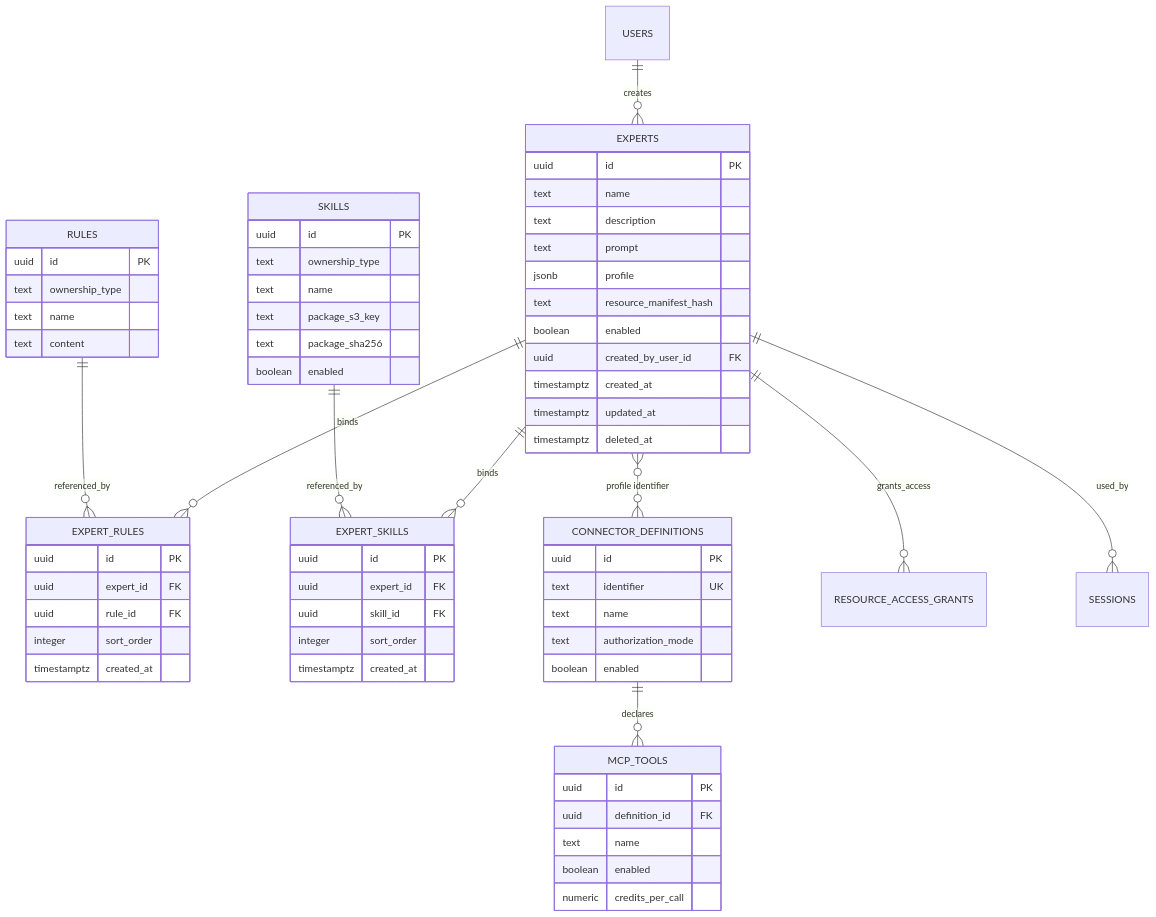
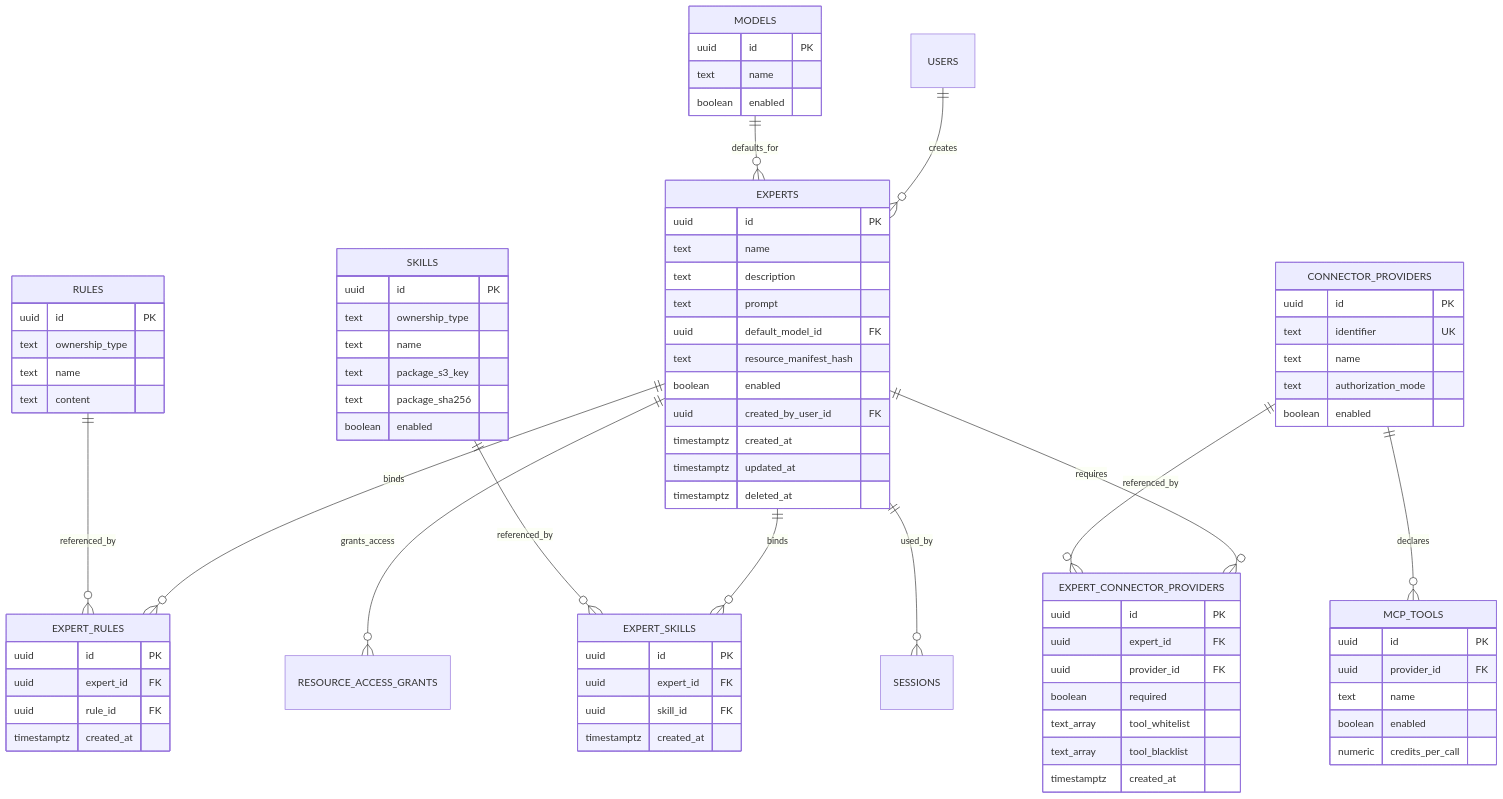
Before and after one commit to chaitin/MonkeyCode: the diagram in monkeyai/design/ai-resource-change-impact.md, drawn with Mermaid. The commit also changed other lines of this file and 3 other files, not shown here.

````diff
--- a/monkeyai/design/ai-resource-change-impact.md
+++ b/monkeyai/design/ai-resource-change-impact.md
@@ -77,12 +77,14 @@
 ```mermaid
 erDiagram
     USERS ||--o{ EXPERTS : creates
+    MODELS ||--o{ EXPERTS : defaults_for
     EXPERTS ||--o{ EXPERT_RULES : binds
     RULES ||--o{ EXPERT_RULES : referenced_by
     EXPERTS ||--o{ EXPERT_SKILLS : binds
     SKILLS ||--o{ EXPERT_SKILLS : referenced_by
-    EXPERTS }o--o{ CONNECTOR_DEFINITIONS : "profile identifier"
-    CONNECTOR_DEFINITIONS ||--o{ MCP_TOOLS : declares
+    EXPERTS ||--o{ EXPERT_CONNECTOR_PROVIDERS : requires
+    CONNECTOR_PROVIDERS ||--o{ EXPERT_CONNECTOR_PROVIDERS : referenced_by
+    CONNECTOR_PROVIDERS ||--o{ MCP_TOOLS : declares
     EXPERTS ||--o{ RESOURCE_ACCESS_GRANTS : grants_access
     EXPERTS ||--o{ SESSIONS : used_by
 
@@ -91,7 +93,7 @@
         text name
         text description
         text prompt
-        jsonb profile
+        uuid default_model_id FK
         text resource_manifest_hash
         boolean enabled
         uuid created_by_user_id FK
@@ -100,11 +102,16 @@
         timestamptz deleted_at
     }
 
+    MODELS {
+        uuid id PK
+        text name
+        boolean enabled
+    }
+
     EXPERT_RULES {
         uuid id PK
         uuid expert_id FK
         uuid rule_id FK
-        integer sort_order
         timestamptz created_at
     }
 
@@ -112,11 +119,20 @@
         uuid id PK
         uuid expert_id FK
         uuid skill_id FK
-        integer sort_order
         timestamptz created_at
     }
 
-    CONNECTOR_DEFINITIONS {
+    EXPERT_CONNECTOR_PROVIDERS {
+        uuid id PK
+        uuid expert_id FK
+        uuid provider_id FK
+        boolean required
+        text_array tool_whitelist
+        text_array tool_blacklist
+        timestamptz created_at
+    }
+
+    CONNECTOR_PROVIDERS {
         uuid id PK
         text identifier UK
         text name
@@ -126,7 +142,7 @@
 
     MCP_TOOLS {
         uuid id PK
-        uuid definition_id FK
+        uuid provider_id FK
         text name
         boolean enabled
         numeric credits_per_call
````
